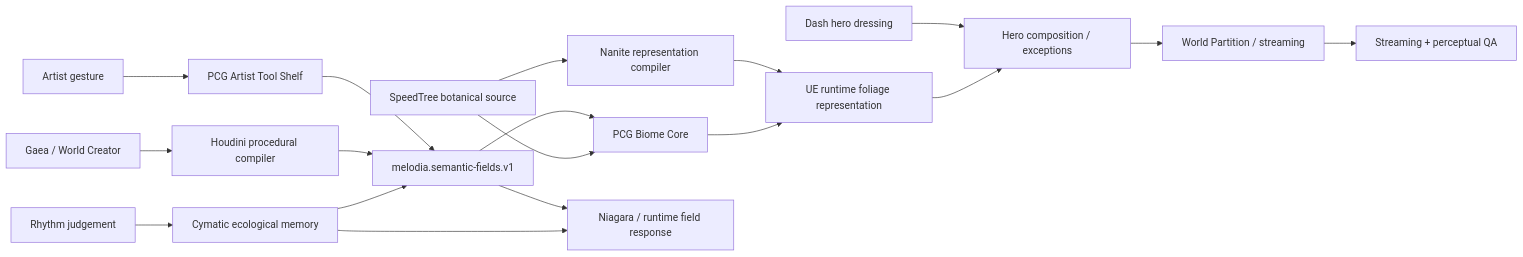
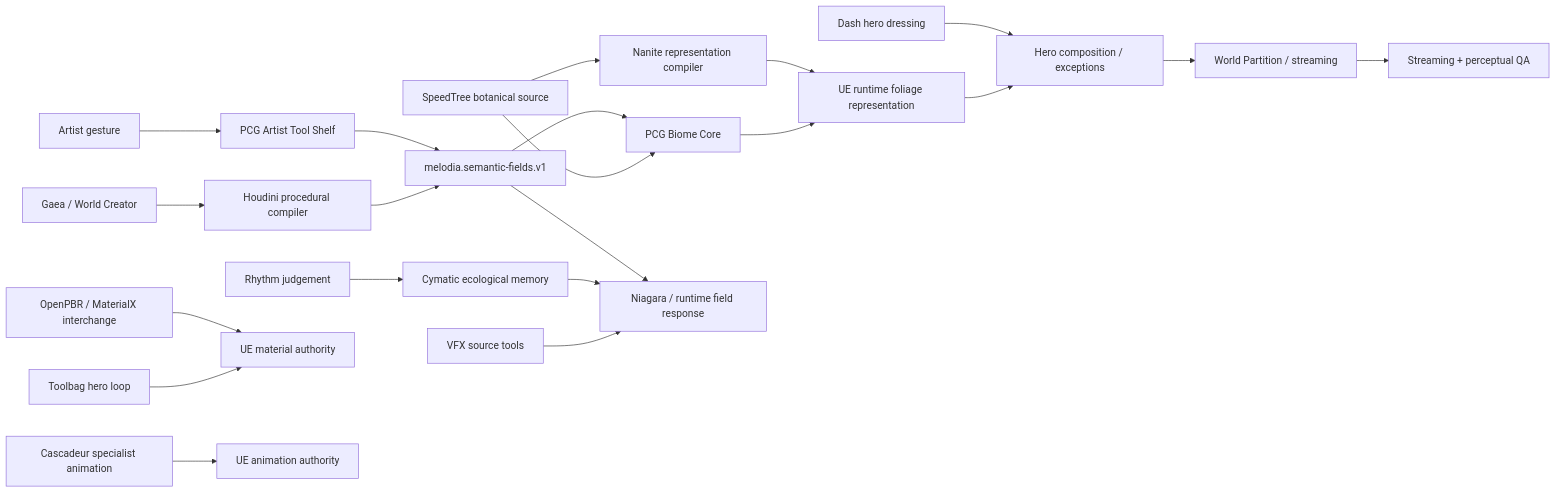
The diagram in Docs/Research/MELODIA_EXPERIMENTAL_SYSTEMS_BACKLOG_2026-08-31.md (fromage3900/MelodiaMelusinaV2), drawn with Mermaid before and after one commit. The commit also changed other lines of this file, not shown here.

````diff
--- a/Docs/Research/MELODIA_EXPERIMENTAL_SYSTEMS_BACKLOG_2026-08-31.md
+++ b/Docs/Research/MELODIA_EXPERIMENTAL_SYSTEMS_BACKLOG_2026-08-31.md
@@ -37,20 +37,23 @@
 ```mermaid
 flowchart LR
     Artist[Artist gesture] --> Brushes[PCG Artist Tool Shelf]
     Brushes --> Fields[melodia.semantic-fields.v1]
     Houdini[Houdini procedural compiler] --> Fields
     Geo[Gaea / World Creator] --> Houdini
     Fields --> Biome[PCG Biome Core]
     SpeedTree[SpeedTree botanical source] --> Biome
     SpeedTree --> NaniteCompiler[Nanite representation compiler]
     NaniteCompiler --> RuntimeAssets[UE runtime foliage representation]
     Biome --> RuntimeAssets
     Fields --> Niagara[Niagara / runtime field response]
     Rhythm[Rhythm judgement] --> Cymatic[Cymatic ecological memory]
     Cymatic --> Niagara
-    Cymatic --> Fields
     Dash[Dash hero dressing] --> HeroLayer[Hero composition / exceptions]
     RuntimeAssets --> HeroLayer
     HeroLayer --> WP[World Partition / streaming]
     WP --> QA[Streaming + perceptual QA]
+    VFX[VFX source tools] --> Niagara
+    Materials[OpenPBR / MaterialX interchange] --> UEArt[UE material authority]
+    Toolbag[Toolbag hero loop] --> UEArt
+    Cascadeur[Cascadeur specialist animation] --> UEAnim[UE animation authority]
 ```
````
